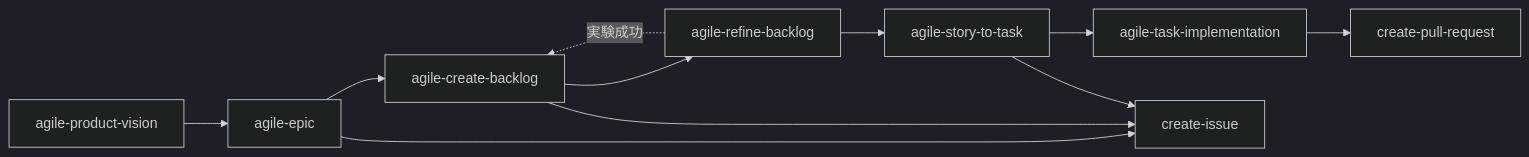
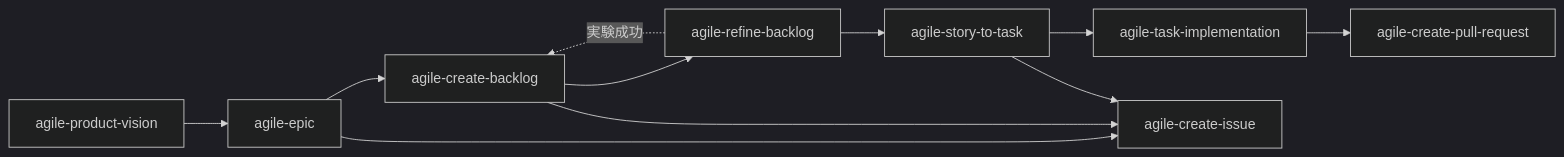
Before and after one commit to mrtry-lab/skills: the diagram in README.md, drawn with Mermaid (dark theme). The commit also changed other lines of this file and 10 other files, not shown here.

First line of the commit message:
refactor: prefix create-issue and create-pull-request with agile-

````diff
--- a/README.md
+++ b/README.md
@@ -28,18 +28,18 @@
 ```mermaid
 flowchart LR
   vision[agile-product-vision]
   epic[agile-epic]
   backlog[agile-create-backlog]
   refine[agile-refine-backlog]
   story2task[agile-story-to-task]
   impl[agile-task-implementation]
-  ci[create-issue]
-  cpr[create-pull-request]
+  ci[agile-create-issue]
+  cpr[agile-create-pull-request]
 
   vision --> epic --> backlog --> refine --> story2task --> impl
   refine -.実験成功.-> backlog
   epic --> ci
   backlog --> ci
   story2task --> ci
   impl --> cpr
 ```
````
